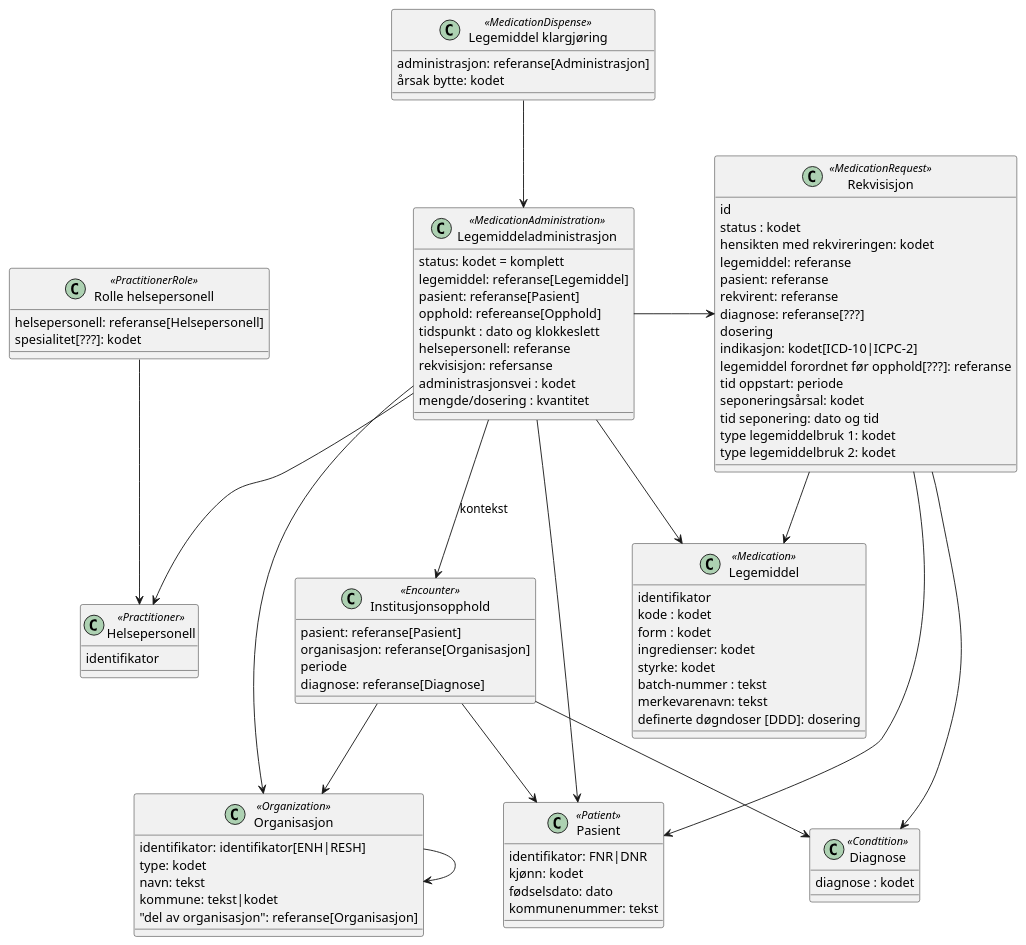
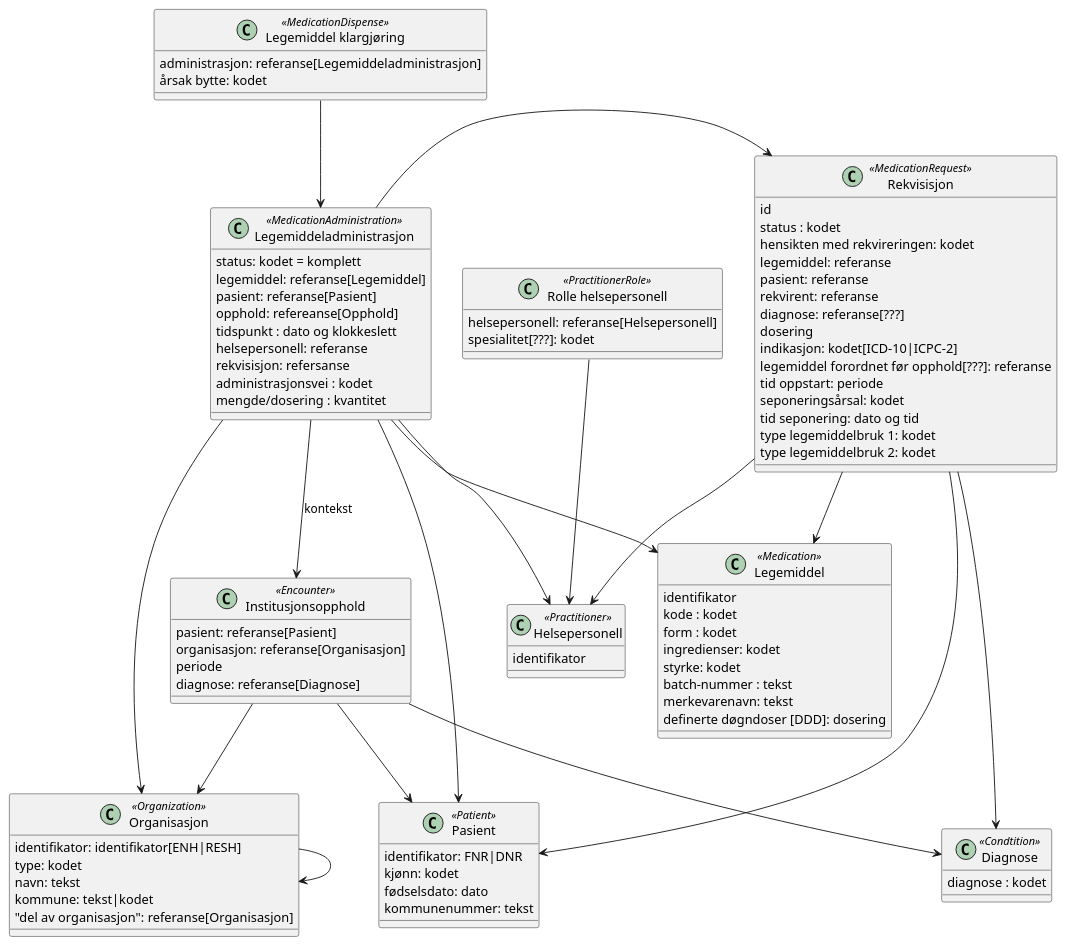
Before and after one commit to HL7Norway/LMDI: the diagram in modeller/informasjonsmodell-test.plantuml, drawn with PlantUML. The commit also changed 1 other file, not shown here.

Commit message:
Helsepersonell i infomod

```diff
--- a/modeller/informasjonsmodell-test.plantuml
+++ b/modeller/informasjonsmodell-test.plantuml
@@ -1,104 +1,105 @@
 @startuml
 
 class Pasient <<Patient>> {
    identifikator: FNR|DNR
    kjønn: kodet
    fødselsdato: dato
    kommunenummer: tekst 
 }
 class Legemiddeladministrasjon <<MedicationAdministration>> {
    status: kodet = komplett
    legemiddel: referanse[Legemiddel]
    pasient: referanse[Pasient]
    opphold: refereanse[Opphold]
    tidspunkt : dato og klokkeslett
    helsepersonell: referanse
    rekvisisjon: refersanse
    administrasjonsvei : kodet
    mengde/dosering : kvantitet
 }
 
 Legemiddeladministrasjon -> Legemiddel 
 Legemiddeladministrasjon --> Pasient
 Legemiddeladministrasjon --> Helsepersonell
 Legemiddeladministrasjon --> Organisasjon
 Legemiddeladministrasjon -> Rekvisisjon
 Legemiddeladministrasjon --> Institusjonsopphold : kontekst
 
 class Legemiddel <<Medication>> {
    identifikator
    kode : kodet
    form : kodet
    ingredienser: kodet
    styrke: kodet
    batch-nummer : tekst
    merkevarenavn: tekst
    definerte døgndoser [DDD]: dosering
 }
 
 class Helsepersonell <<Practitioner>> {
    identifikator
 }
 class Organisasjon <<Organization>> {
    identifikator: identifikator[ENH|RESH]
    type: kodet
    navn: tekst
    kommune: tekst|kodet
    "del av organisasjon": referanse[Organisasjon]
 }
 
 Organisasjon --> Organisasjon
 
 class Institusjonsopphold <<Encounter>> {
     pasient: referanse[Pasient]
     organisasjon: referanse[Organisasjon]
     periode
     diagnose: referanse[Diagnose]
 }
 
 Institusjonsopphold --> Pasient
 Institusjonsopphold --> Organisasjon
 Institusjonsopphold --> Diagnose
 
 class Diagnose <<Condtition>> {
    diagnose : kodet
 }
 
 class Rekvisisjon <<MedicationRequest>> {
     id
     status : kodet
     hensikten med rekvireringen: kodet
     legemiddel: referanse
     pasient: referanse
     rekvirent: referanse
     diagnose: referanse[???]
     dosering
     indikasjon: kodet[ICD-10|ICPC-2]
     legemiddel forordnet før opphold[???]: referanse
     tid oppstart: periode
     seponeringsårsal: kodet
     tid seponering: dato og tid
     type legemiddelbruk 1: kodet
     type legemiddelbruk 2: kodet
 }
 
 Rekvisisjon --> Diagnose
 Rekvisisjon --> Legemiddel
 Rekvisisjon --> Pasient
+Rekvisisjon --> Helsepersonell
 
 class "Legemiddel klargjøring" <<MedicationDispense>> {
-    administrasjon: referanse[Administrasjon]
+    administrasjon: referanse[Legemiddeladministrasjon]
     årsak bytte: kodet
 } 
 
 "Legemiddel klargjøring" --> Legemiddeladministrasjon
 
 class "Rolle helsepersonell" <<PractitionerRole>> {
     helsepersonell: referanse[Helsepersonell]
     spesialitet[???]: kodet
 }
 
 "Rolle helsepersonell" --> Helsepersonell
 
 
 @enduml
```
